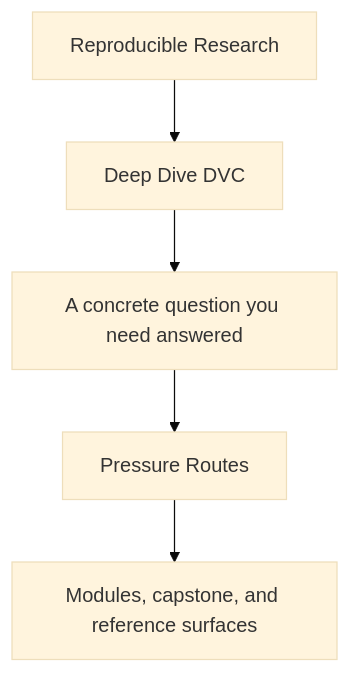
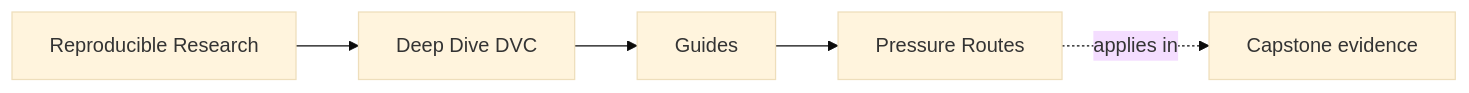
One commit to bijux/bijux-masterclass changed the first of 2 diagrams in programs/reproducible-research/deep-dive-dvc/course-book/guides/pressure-routes.md. Above: the diagram before and after it, drawn with Mermaid (base theme). The commit also changed other lines of this file and 55 other files, not shown here.

Commit message:
docs(deep-dive-dvc): map reproducibility and pipeline foundations

````diff
--- a/programs/reproducible-research/deep-dive-dvc/course-book/guides/pressure-routes.md
+++ b/programs/reproducible-research/deep-dive-dvc/course-book/guides/pressure-routes.md
@@ -6,7 +6,11 @@
 ```mermaid
-flowchart TD
-  family["Reproducible Research"] --> program["Deep Dive DVC"]
-  program --> pressure["A concrete question you need answered"]
-  pressure --> guide["Pressure Routes"]
-  guide --> next["Modules, capstone, and reference surfaces"]
+graph LR
+  family["Reproducible Research"]
+  program["Deep Dive DVC"]
+  section["Guides"]
+  page["Pressure Routes"]
+  capstone["Capstone evidence"]
+
+  family --> program --> section --> page
+  page -.applies in.-> capstone
 ```
````
